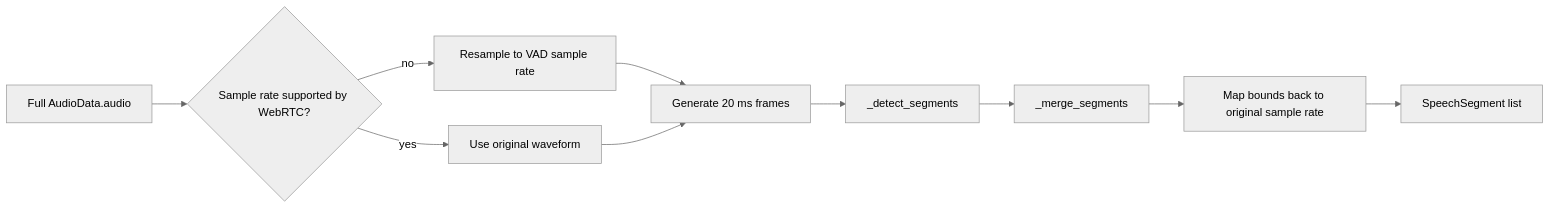
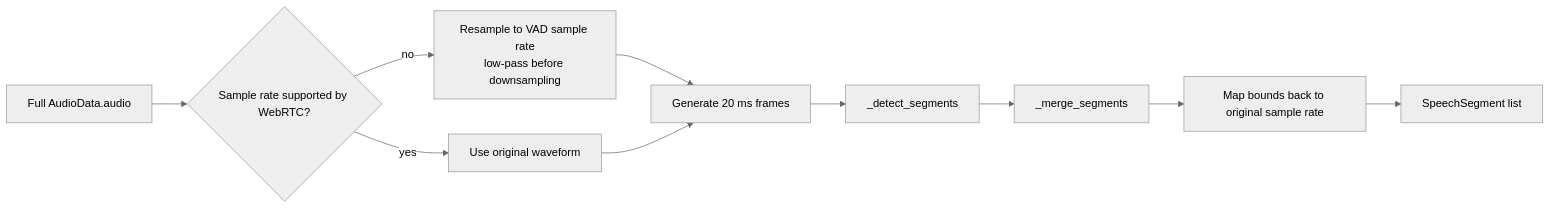
One commit to laceyp99/murmur changed the fourth of 4 diagrams in docs/vad-segmentation.md. Above: the diagram before and after it, drawn with Mermaid (neutral theme). The commit also changed other lines of this file and 4 other files, not shown here.

Commit message:
fix(audio): filter high-frequency noise before downsampling

````diff
--- a/docs/vad-segmentation.md
+++ b/docs/vad-segmentation.md
@@ -103,12 +103,12 @@
 ```mermaid
 flowchart LR
     AudioData["Full AudioData.audio"] --> Resample{"Sample rate supported by WebRTC?"}
     Resample -->|yes| VadAudio["Use original waveform"]
-    Resample -->|no| Resampled["Resample to VAD sample rate"]
+    Resample -->|no| Resampled["Resample to VAD sample rate<br/>low-pass before downsampling"]
     Resampled --> Frames["Generate 20 ms frames"]
     VadAudio --> Frames
     Frames --> Detect["_detect_segments"]
     Detect --> Merge["_merge_segments"]
     Merge --> Map["Map bounds back to original sample rate"]
     Map --> Output["SpeechSegment list"]
 ```
````
